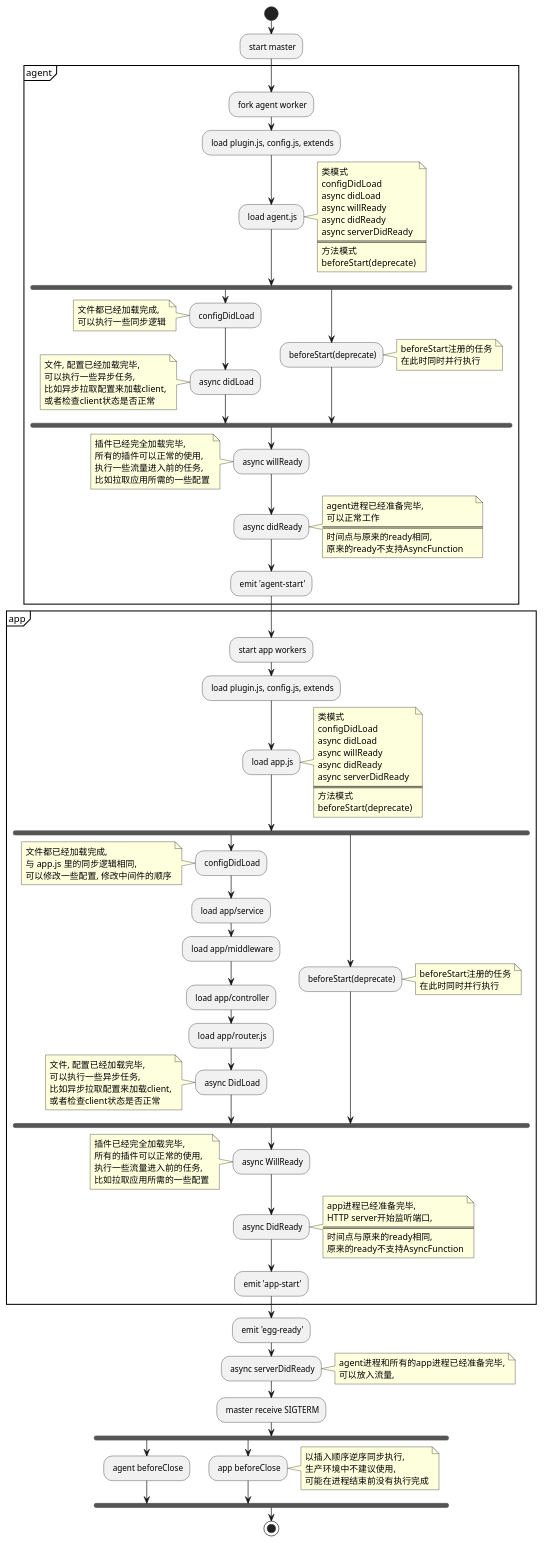
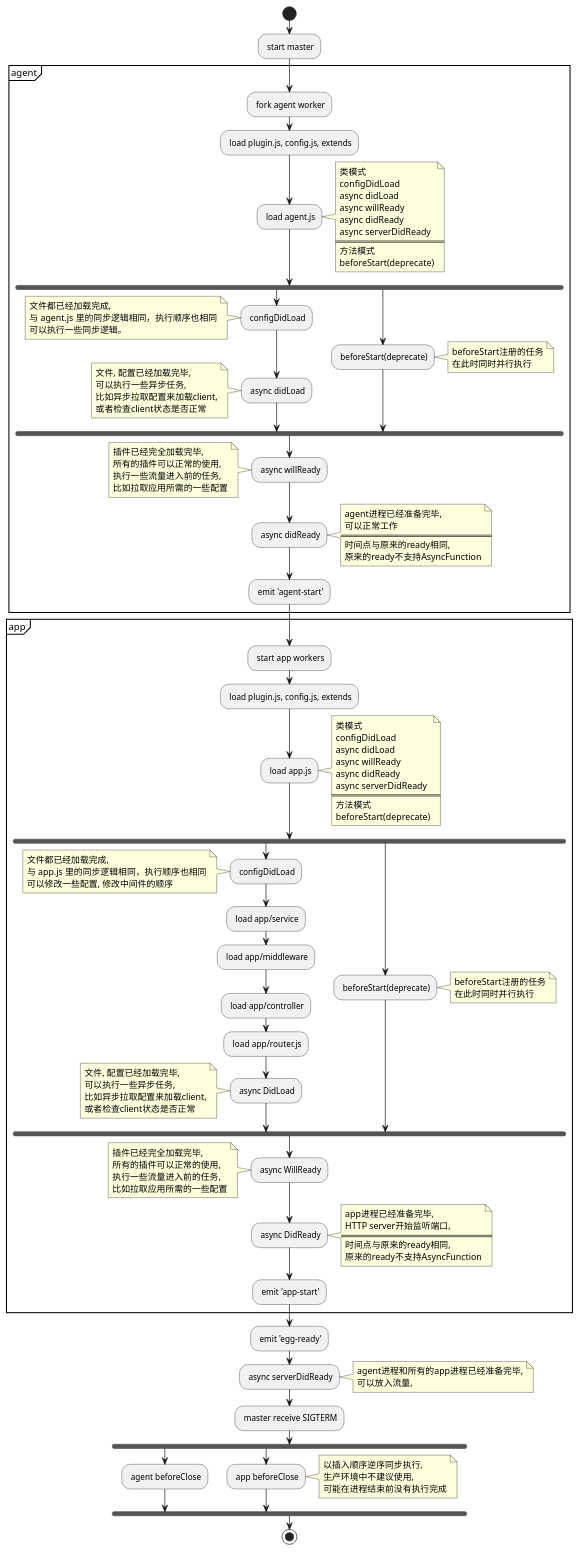
Before and after one commit to eggjs/egg: the diagram in docs/assets/lifecycle_cn.puml, drawn with PlantUML. The commit also changed 7 other files, not shown here.

```diff
--- a/docs/assets/lifecycle_cn.puml
+++ b/docs/assets/lifecycle_cn.puml
@@ -1,131 +1,132 @@
 @startuml
 start
 : start master;
 partition agent {
   : fork agent worker;
   : load plugin.js, config.js, extends;
   : load agent.js;
   note right
     类模式
     configDidLoad
     async didLoad
     async willReady
     async didReady
     async serverDidReady
     ====
     方法模式
     beforeStart(deprecate)
-  end note  
+  end note
   fork
   : configDidLoad;
   note left
     文件都已经加载完成,
-    可以执行一些同步逻辑
+    与 agent.js 里的同步逻辑相同，执行顺序也相同
+    可以执行一些同步逻辑。
   end note
   : async didLoad;
   note left
     文件, 配置已经加载完毕,
     可以执行一些异步任务,
     比如异步拉取配置来加载client,
     或者检查client状态是否正常
   end note
   fork again
     : beforeStart(deprecate);
     note right
       beforeStart注册的任务
       在此时同时并行执行
-    end note  
+    end note
   endfork
   : async willReady;
   note left
     插件已经完全加载完毕,
     所有的插件可以正常的使用,
     执行一些流量进入前的任务,
     比如拉取应用所需的一些配置
   end note
   : async didReady;
   note right
     agent进程已经准备完毕,
     可以正常工作
     ====
     时间点与原来的ready相同,
-    原来的ready不支持AsyncFunction    
+    原来的ready不支持AsyncFunction
   end note
   : emit 'agent-start';
 }
 partition app {
   : start app workers;
   : load plugin.js, config.js, extends;
   : load app.js;
   note right
     类模式
     configDidLoad
     async didLoad
     async willReady
     async didReady
     async serverDidReady
     ====
     方法模式
     beforeStart(deprecate)
   end note
   fork
     : configDidLoad;
     note left
       文件都已经加载完成,
-      与 app.js 里的同步逻辑相同,
+      与 app.js 里的同步逻辑相同，执行顺序也相同
       可以修改一些配置, 修改中间件的顺序
     end note
     : load app/service;
     : load app/middleware;
     : load app/controller;
     : load app/router.js;
     : async DidLoad;
   note left
     文件, 配置已经加载完毕,
     可以执行一些异步任务,
     比如异步拉取配置来加载client,
     或者检查client状态是否正常
   end note
   fork again
     : beforeStart(deprecate);
     note right
       beforeStart注册的任务
       在此时同时并行执行
     end note
   end fork
     : async WillReady;
   note left
     插件已经完全加载完毕,
     所有的插件可以正常的使用,
     执行一些流量进入前的任务,
     比如拉取应用所需的一些配置
   end note
   : async DidReady;
   note right
     app进程已经准备完毕,
     HTTP server开始监听端口,
     ====
     时间点与原来的ready相同,
     原来的ready不支持AsyncFunction
   end note
   : emit 'app-start';
 }
 : emit 'egg-ready';
 : async serverDidReady;
 note right
   agent进程和所有的app进程已经准备完毕,
   可以放入流量,
 end note
 : master receive SIGTERM;
 fork
 : agent beforeClose;
 fork again
 : app beforeClose;
 note right
   以插入顺序逆序同步执行,
   生产环境中不建议使用,
   可能在进程结束前没有执行完成
 end note
 endfork
 stop
 @enduml
```
